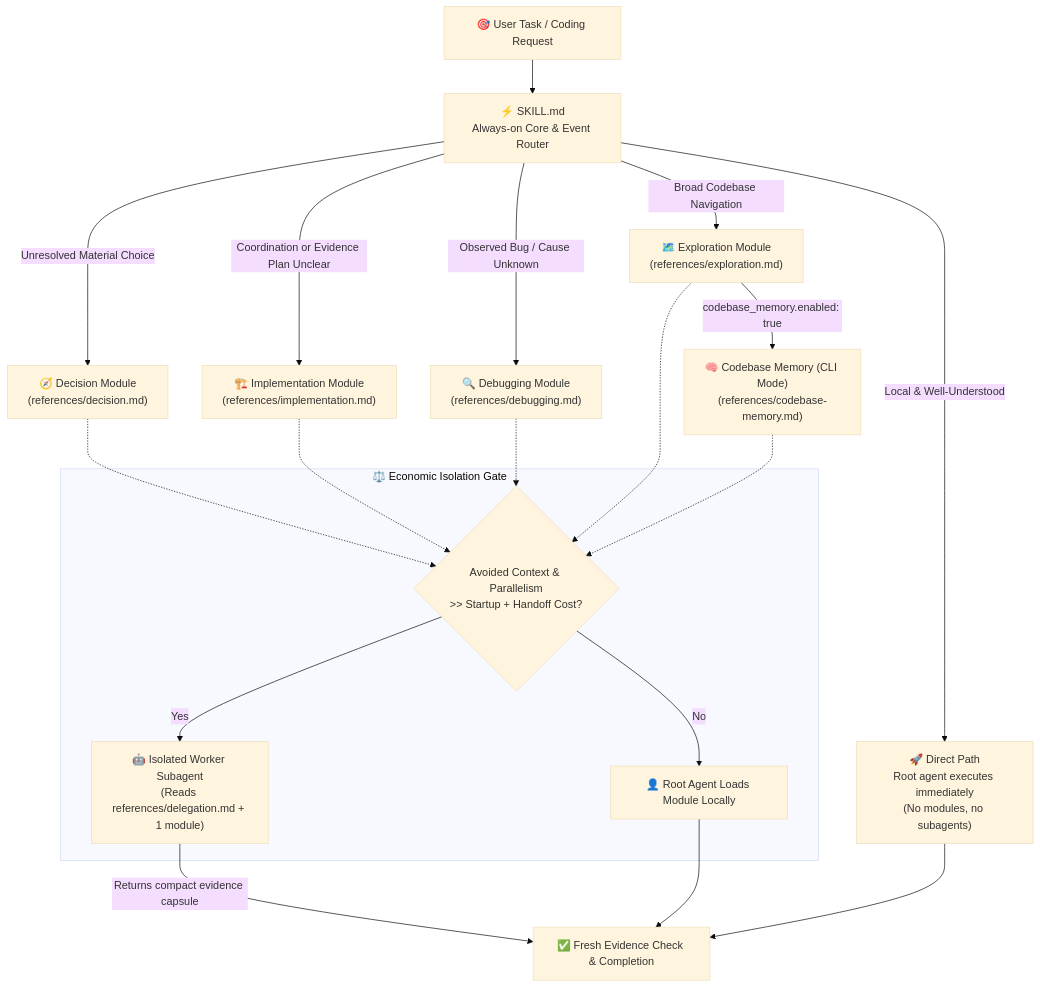
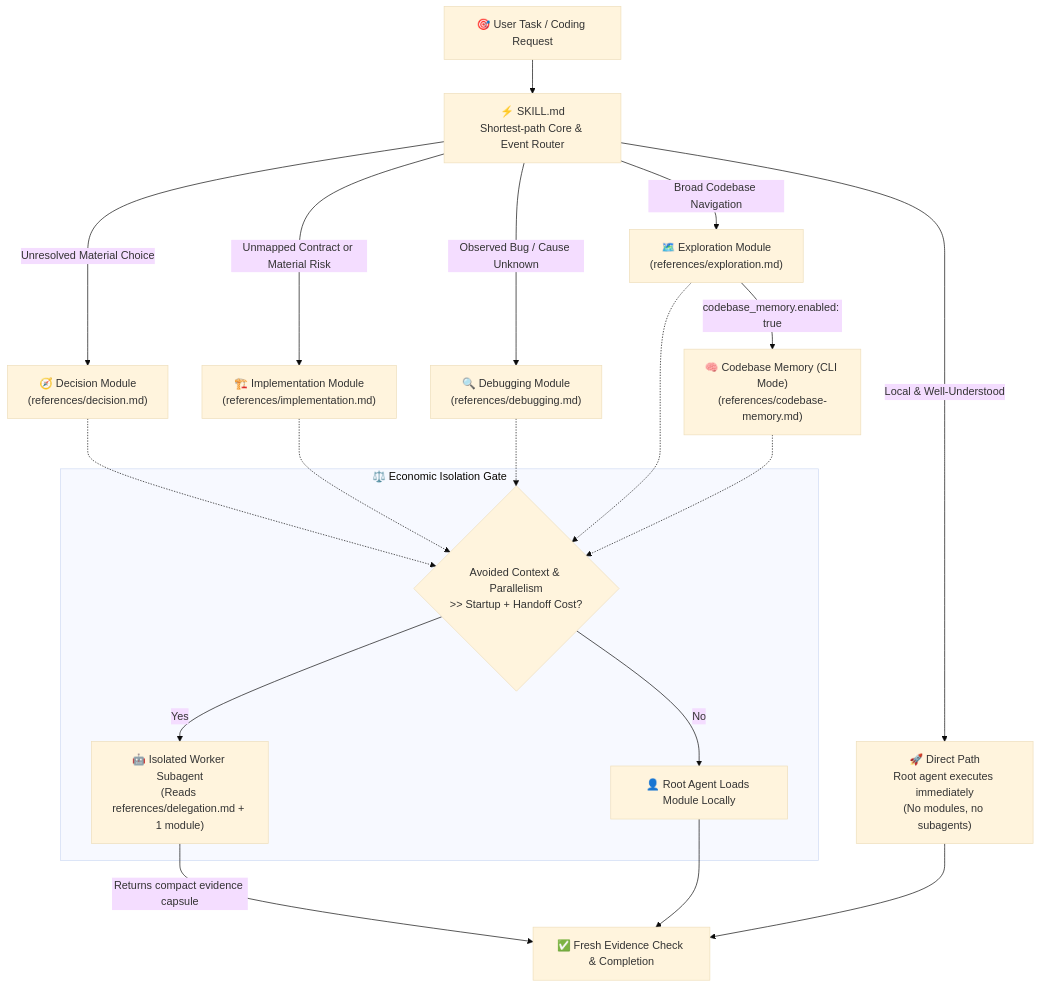
Before and after one commit to Hubujiu/practical-coding: the diagram in README.md, drawn with Mermaid (base theme). The commit also changed other lines of this file and 8 other files, not shown here.

````diff
--- a/README.md
+++ b/README.md
@@ -106,28 +105,27 @@
 ```mermaid
 flowchart TB
-    Task["🎯 User Task / Coding Request"] --> Core["⚡ SKILL.md<br/>Always-on Core & Event Router"]
+    Task["🎯 User Task / Coding Request"] --> Core["⚡ SKILL.md<br/>Shortest-path Core & Event Router"]
 
     Core -->|"Local & Well-Understood"| Direct["🚀 Direct Path<br/>Root agent executes immediately<br/>(No modules, no subagents)"]
-    
     Core -->|"Unresolved Material Choice"| D["🧭 Decision Module<br/>(references/decision.md)"]
-    Core -->|"Coordination or Evidence Plan Unclear"| I["🏗️ Implementation Module<br/>(references/implementation.md)"]
+    Core -->|"Unmapped Contract or Material Risk"| I["🏗️ Implementation Module<br/>(references/implementation.md)"]
     Core -->|"Observed Bug / Cause Unknown"| G["🔍 Debugging Module<br/>(references/debugging.md)"]
     Core -->|"Broad Codebase Navigation"| E["🗺️ Exploration Module<br/>(references/exploration.md)"]
     E -->|"codebase_memory.enabled: true"| M["🧠 Codebase Memory (CLI Mode)<br/>(references/codebase-memory.md)"]
 
     subgraph IsolationGate["⚖️ Economic Isolation Gate"]
         IG{"Avoided Context & Parallelism<br/>>> Startup + Handoff Cost?"}
         IG -->|"Yes"| Worker["🤖 Isolated Worker Subagent<br/>(Reads references/delegation.md + 1 module)"]
         IG -->|"No"| RootExec["👤 Root Agent Loads Module Locally"]
     end
 
     D -.-> IG
     I -.-> IG
     G -.-> IG
     E -.-> IG
     M -.-> IG
 
     Worker -->|"Returns compact evidence capsule"| Done["✅ Fresh Evidence Check & Completion"]
     RootExec --> Done
     Direct --> Done
 ```
````
